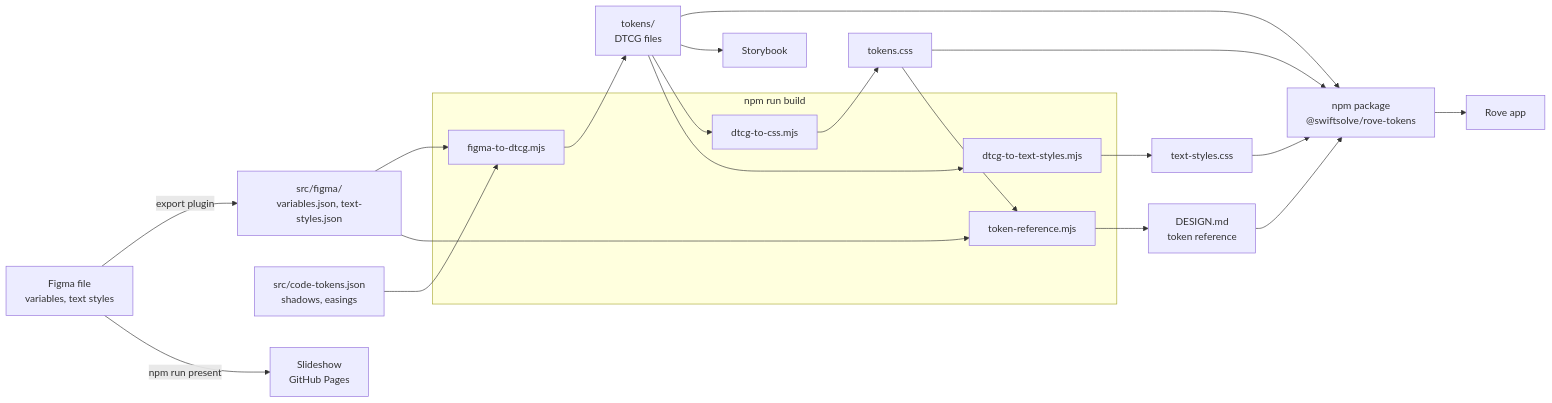
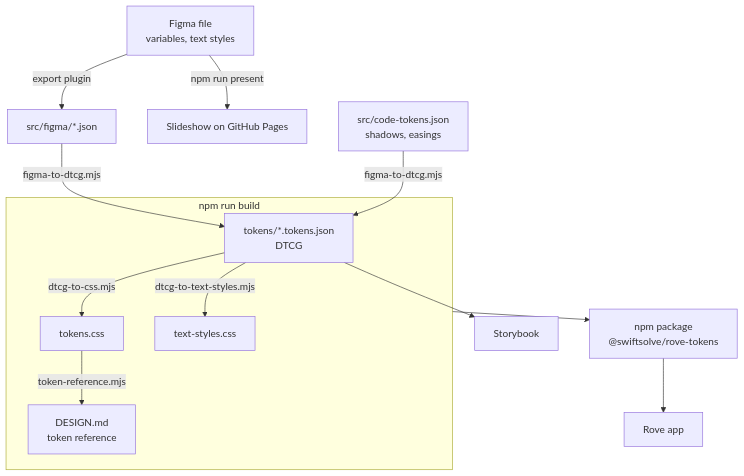
Before and after one commit to swiftsolve/rove-tokens: the diagram in README.md, drawn with Mermaid.

Commit message:
docs: draw the token pipeline top to bottom, with each script on its arrow

````diff
--- a/README.md
+++ b/README.md
@@ -86,24 +86,22 @@
 ```mermaid
-flowchart LR
-  figma["Figma file<br/>variables, text styles"] -- "export plugin" --> exports["src/figma/<br/>variables.json, text-styles.json"]
+flowchart TD
+  figma["Figma file<br/>variables, text styles"]
+  figma -- "export plugin" --> exports["src/figma/*.json"]
+  figma -- "npm run present" --> slides["Slideshow on GitHub Pages"]
   codeTokens["src/code-tokens.json<br/>shadows, easings"]
 
   subgraph build ["npm run build"]
-    toDtcg["figma-to-dtcg.mjs"]
-    toCss["dtcg-to-css.mjs"]
-    toText["dtcg-to-text-styles.mjs"]
-    toRef["token-reference.mjs"]
+    dtcg["tokens/*.tokens.json<br/>DTCG"]
+    css["tokens.css"]
+    textCss["text-styles.css"]
+    design["DESIGN.md<br/>token reference"]
   end
 
-  exports --> toDtcg
-  codeTokens --> toDtcg
-  toDtcg --> dtcg["tokens/<br/>DTCG files"]
-  dtcg --> toCss --> css["tokens.css"]
-  dtcg --> toText --> textCss["text-styles.css"]
-  exports --> toRef
-  css --> toRef --> design["DESIGN.md<br/>token reference"]
+  exports & codeTokens -- "figma-to-dtcg.mjs" --> dtcg
+  dtcg -- "dtcg-to-css.mjs" --> css
+  dtcg -- "dtcg-to-text-styles.mjs" --> textCss
+  css -- "token-reference.mjs" --> design
 
-  css & textCss & dtcg & design --> pkg["npm package<br/>@swiftsolve/rove-tokens"] --> rove["Rove app"]
+  build --> pkg["npm package<br/>@swiftsolve/rove-tokens"] --> rove["Rove app"]
   dtcg --> storybook["Storybook"]
-  figma -- "npm run present" --> slides["Slideshow<br/>GitHub Pages"]
 ```
````
